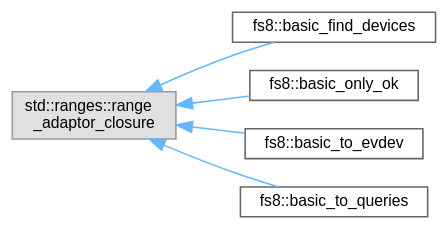
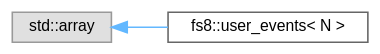
One commit to the-moisrex/foresight changed the diagram in api/inherit_graph_130.dot. Above: the diagram before and after it, drawn with Graphviz. The commit also changed 211 other files, not shown here.

```diff
--- a/api/inherit_graph_130.dot
+++ b/api/inherit_graph_130.dot
@@ -1,17 +1,11 @@
 digraph "Graphical Class Hierarchy"
 {
  // LATEX_PDF_SIZE
   bgcolor="transparent";
   edge [fontname=Helvetica,fontsize=10,labelfontname=Helvetica,labelfontsize=10];
   node [fontname=Helvetica,fontsize=10,shape=box,height=0.2,width=0.4];
   rankdir="LR";
-  Node0 [id="Node000000",label="std::ranges::range\l_adaptor_closure",height=0.2,width=0.4,color="grey60", fillcolor="#E0E0E0", style="filled",tooltip=" "];
-  Node0 -> Node1 [id="edge100_Node000000_Node000001",dir="back",color="steelblue1",style="solid",tooltip=" "];
-  Node1 [id="Node000001",label="fs8::basic_find_devices",height=0.2,width=0.4,color="grey40", fillcolor="white", style="filled",URL="$structfs8_1_1basic__find__devices.html",tooltip=" "];
-  Node0 -> Node2 [id="edge101_Node000000_Node000002",dir="back",color="steelblue1",style="solid",tooltip=" "];
-  Node2 [id="Node000002",label="fs8::basic_only_ok",height=0.2,width=0.4,color="grey40", fillcolor="white", style="filled",URL="$structfs8_1_1basic__only__ok.html",tooltip=" "];
-  Node0 -> Node3 [id="edge102_Node000000_Node000003",dir="back",color="steelblue1",style="solid",tooltip=" "];
-  Node3 [id="Node000003",label="fs8::basic_to_evdev",height=0.2,width=0.4,color="grey40", fillcolor="white", style="filled",URL="$structfs8_1_1basic__to__evdev.html",tooltip=" "];
-  Node0 -> Node4 [id="edge103_Node000000_Node000004",dir="back",color="steelblue1",style="solid",tooltip=" "];
-  Node4 [id="Node000004",label="fs8::basic_to_queries",height=0.2,width=0.4,color="grey40", fillcolor="white", style="filled",URL="$structfs8_1_1basic__to__queries.html",tooltip=" "];
+  Node0 [id="Node000000",label="std::array",height=0.2,width=0.4,color="grey60", fillcolor="#E0E0E0", style="filled",tooltip=" "];
+  Node0 -> Node1 [id="edge101_Node000000_Node000001",dir="back",color="steelblue1",style="solid",tooltip=" "];
+  Node1 [id="Node000001",label="fs8::user_events\< N \>",height=0.2,width=0.4,color="grey40", fillcolor="white", style="filled",URL="$structfs8_1_1user__events.html",tooltip=" "];
 }
```
